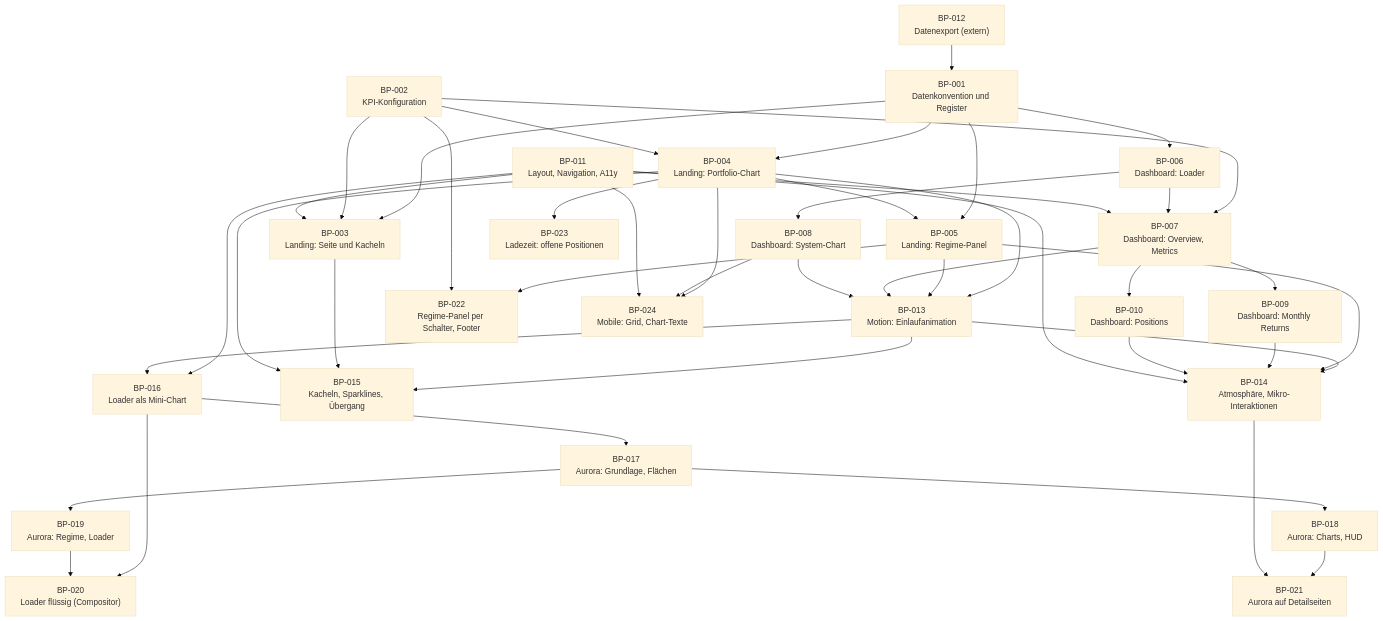
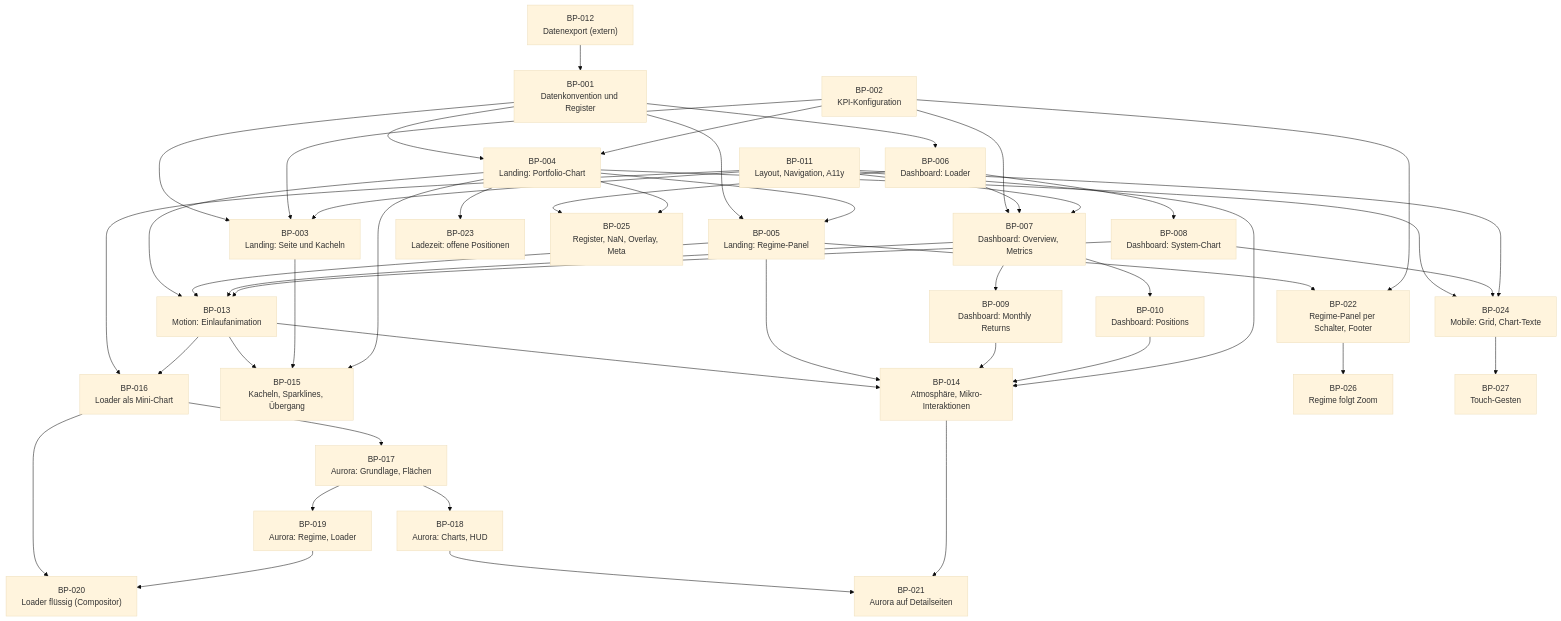
Before and after one commit to github-ascnet/WL-Trading-Systems-Overview: the diagram in docs/sdd/build_plan.md, drawn with Mermaid (base theme). The commit also changed other lines of this file and 11 other files, not shown here.

First line of the commit message:
Restrict dashboard to registered systems, sync regime panel, add touch gestures (BP-025 to BP-027)

````diff
--- a/docs/sdd/build_plan.md
+++ b/docs/sdd/build_plan.md
@@ -44,70 +44,77 @@
 ```mermaid
 flowchart TD
     BP001["BP-001<br/>Datenkonvention und Register"]
     BP002["BP-002<br/>KPI-Konfiguration"]
     BP003["BP-003<br/>Landing: Seite und Kacheln"]
     BP004["BP-004<br/>Landing: Portfolio-Chart"]
     BP005["BP-005<br/>Landing: Regime-Panel"]
     BP006["BP-006<br/>Dashboard: Loader"]
     BP007["BP-007<br/>Dashboard: Overview, Metrics"]
     BP008["BP-008<br/>Dashboard: System-Chart"]
     BP009["BP-009<br/>Dashboard: Monthly Returns"]
     BP010["BP-010<br/>Dashboard: Positions"]
     BP011["BP-011<br/>Layout, Navigation, A11y"]
     BP012["BP-012<br/>Datenexport (extern)"]
     BP013["BP-013<br/>Motion: Einlaufanimation"]
     BP014["BP-014<br/>Atmosphäre, Mikro-Interaktionen"]
     BP015["BP-015<br/>Kacheln, Sparklines, Übergang"]
     BP016["BP-016<br/>Loader als Mini-Chart"]
     BP017["BP-017<br/>Aurora: Grundlage, Flächen"]
     BP018["BP-018<br/>Aurora: Charts, HUD"]
     BP019["BP-019<br/>Aurora: Regime, Loader"]
     BP020["BP-020<br/>Loader flüssig (Compositor)"]
     BP021["BP-021<br/>Aurora auf Detailseiten"]
     BP022["BP-022<br/>Regime-Panel per Schalter, Footer"]
     BP023["BP-023<br/>Ladezeit: offene Positionen"]
     BP024["BP-024<br/>Mobile: Grid, Chart-Texte"]
+    BP025["BP-025<br/>Register, NaN, Overlay, Meta"]
+    BP026["BP-026<br/>Regime folgt Zoom"]
+    BP027["BP-027<br/>Touch-Gesten"]
 
     BP012 --> BP001
     BP001 --> BP003
     BP001 --> BP004
     BP001 --> BP005
     BP001 --> BP006
     BP002 --> BP003
     BP002 --> BP004
     BP002 --> BP007
     BP006 --> BP007
     BP007 --> BP009
     BP007 --> BP010
     BP006 --> BP008
     BP004 --> BP005
     BP011 --> BP003
     BP011 --> BP007
     BP004 --> BP013
     BP005 --> BP013
     BP007 --> BP013
     BP008 --> BP013
     BP013 --> BP014
     BP005 --> BP014
     BP009 --> BP014
     BP010 --> BP014
     BP011 --> BP014
     BP013 --> BP015
     BP003 --> BP015
     BP004 --> BP015
     BP011 --> BP016
     BP013 --> BP016
     BP016 --> BP017
     BP017 --> BP018
     BP017 --> BP019
     BP016 --> BP020
     BP019 --> BP020
     BP018 --> BP021
     BP014 --> BP021
     BP005 --> BP022
     BP002 --> BP022
     BP004 --> BP023
     BP004 --> BP024
     BP008 --> BP024
     BP011 --> BP024
+    BP006 --> BP025
+    BP004 --> BP025
+    BP022 --> BP026
+    BP024 --> BP027
 ```
````
